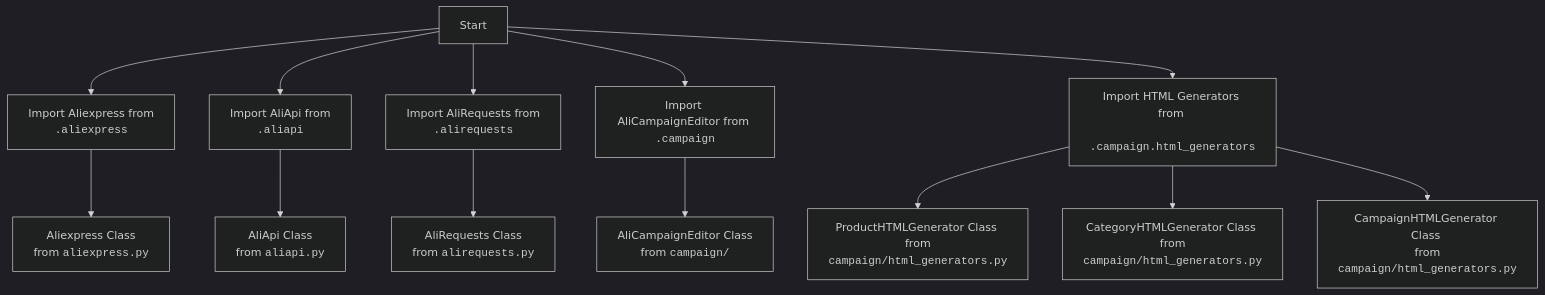
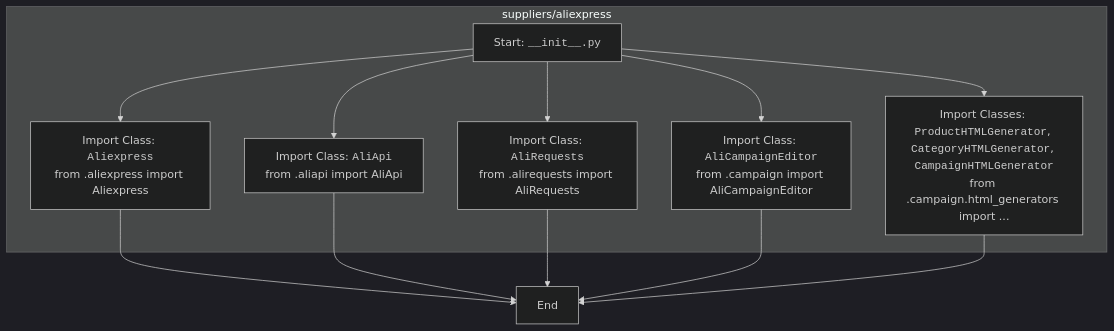
One commit to hypo69/hypo changed the second of 2 diagrams in docs/gemini/ru/explainer/src/suppliers/aliexpress/__init__.py.md. Above: the diagram before and after it, drawn with Mermaid (dark theme). The commit also changed other lines of this file and 1505 other files, not shown here.

````diff
--- a/docs/gemini/ru/explainer/src/suppliers/aliexpress/__init__.py.md
+++ b/docs/gemini/ru/explainer/src/suppliers/aliexpress/__init__.py.md
@@ -20,17 +51,17 @@
 ```mermaid
 flowchart TD
-    Start[Start] --> Import_Aliexpress[Import Aliexpress from <br> <code>.aliexpress</code>]
-    Start --> Import_AliApi[Import AliApi from <br> <code>.aliapi</code>]
-    Start --> Import_AliRequests[Import AliRequests from <br> <code>.alirequests</code>]
-    Start --> Import_AliCampaignEditor[Import AliCampaignEditor from <br><code>.campaign</code>]
-    Start --> Import_HTML_Generators[Import HTML Generators from <br> <code>.campaign.html_generators</code>]
+    subgraph suppliers/aliexpress
+        Start[Start: <code>__init__.py</code>] --> ImportAliexpress[Import Class: <code>Aliexpress</code><br>from .aliexpress import Aliexpress]
+        Start --> ImportAliApi[Import Class: <code>AliApi</code><br>from .aliapi import AliApi]
+        Start --> ImportAliRequests[Import Class: <code>AliRequests</code><br>from .alirequests import AliRequests]
+        Start --> ImportAliCampaignEditor[Import Class: <code>AliCampaignEditor</code><br>from .campaign import AliCampaignEditor]
+        Start --> ImportHTMLGenerators[Import Classes: <code>ProductHTMLGenerator</code>, <code>CategoryHTMLGenerator</code>, <code>CampaignHTMLGenerator</code><br>from .campaign.html_generators import ...]
+    end
+
+    ImportAliexpress --> End[End]
+    ImportAliApi --> End
+    ImportAliRequests --> End
+    ImportAliCampaignEditor --> End
+    ImportHTMLGenerators --> End
     
-    Import_Aliexpress --> Aliexpress_Class[Aliexpress Class <br> from <code>aliexpress.py</code>]
-    Import_AliApi --> AliApi_Class[AliApi Class <br> from <code>aliapi.py</code>]
-    Import_AliRequests --> AliRequests_Class[AliRequests Class <br> from <code>alirequests.py</code>]
-    Import_AliCampaignEditor --> AliCampaignEditor_Class[AliCampaignEditor Class <br> from <code>campaign/</code>]
-    Import_HTML_Generators --> ProductHTMLGenerator_Class[ProductHTMLGenerator Class <br> from <code>campaign/html_generators.py</code>]
-    Import_HTML_Generators --> CategoryHTMLGenerator_Class[CategoryHTMLGenerator Class <br> from <code>campaign/html_generators.py</code>]
-     Import_HTML_Generators --> CampaignHTMLGenerator_Class[CampaignHTMLGenerator Class <br> from <code>campaign/html_generators.py</code>]
-
 ```
````
